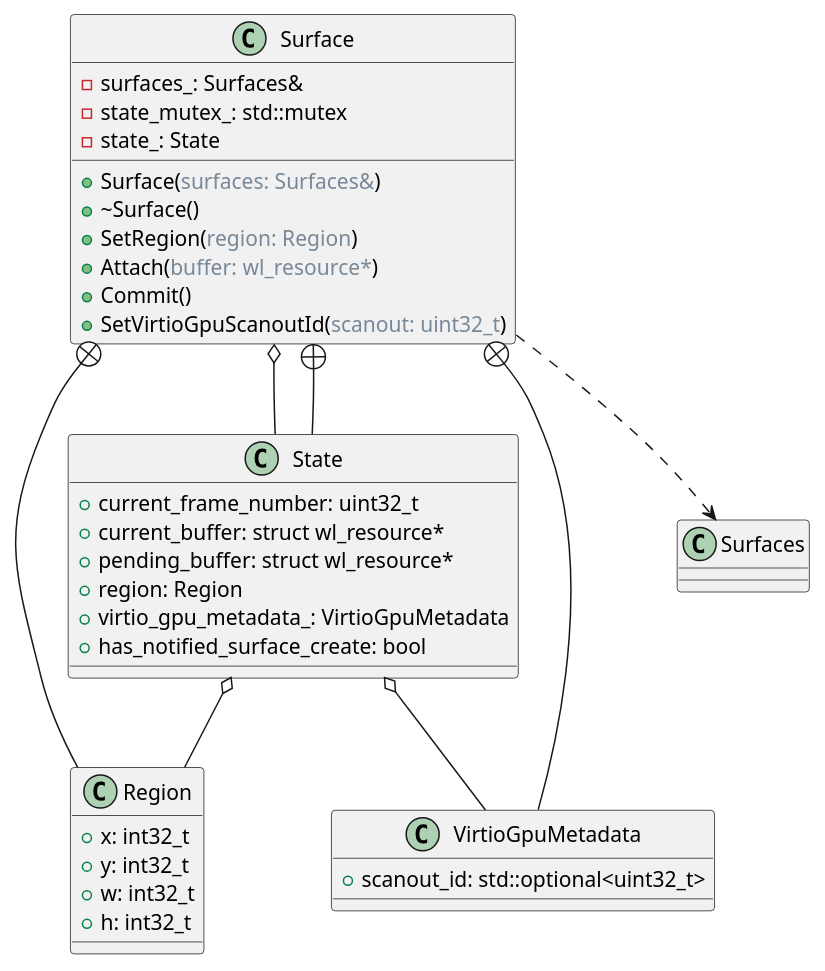
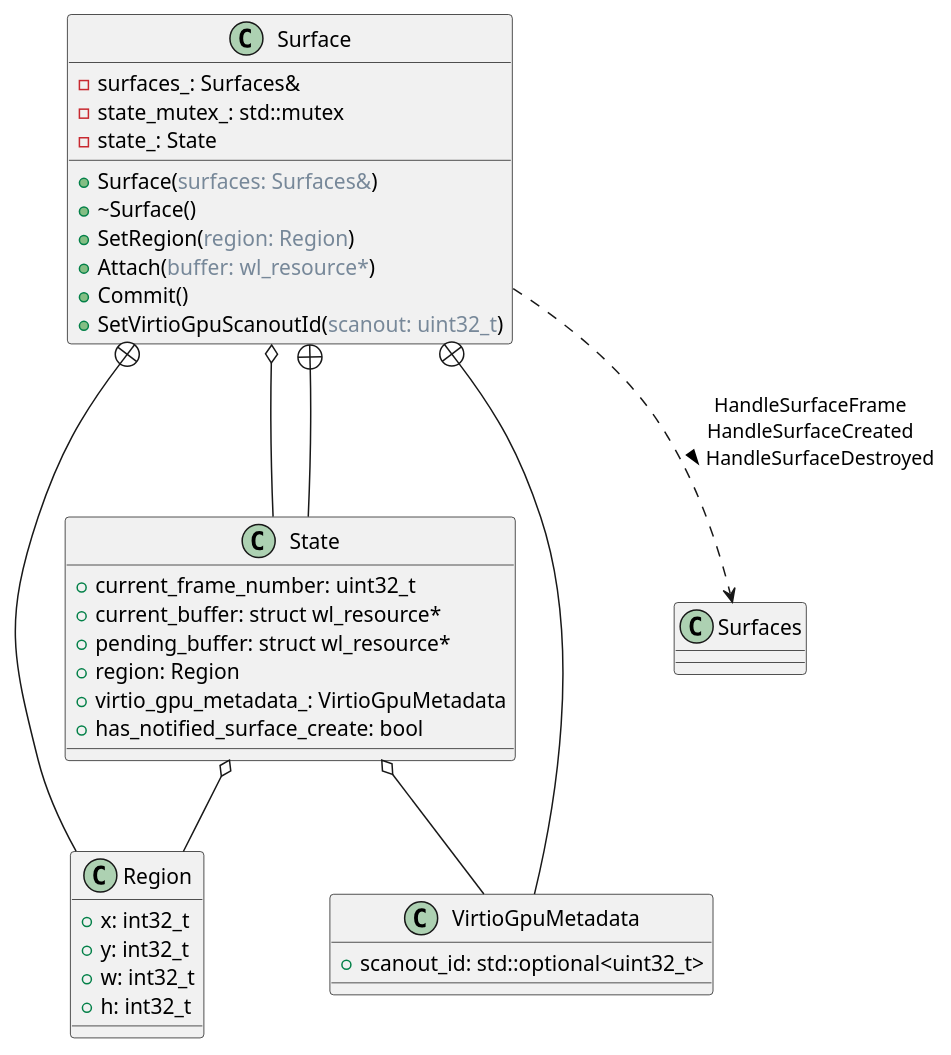
One commit to dmitvitalii/cf_diagrams changed the diagram in surfaces_diagram.puml. Above: the diagram before and after it, drawn with PlantUML. The commit also changed 1 other file, not shown here.

Commit message:
Show how HandleSurface* functions call callbacks

```diff
--- a/surfaces_diagram.puml
+++ b/surfaces_diagram.puml
@@ -1,49 +1,49 @@
 @startuml surfaces_diagram
 
 class Surface {
   + Surface(<color:LightSlateGray>surfaces: Surfaces&</color>)
   + ~Surface()
   + SetRegion(<color:LightSlateGray>region: Region</color>)
   + Attach(<color:LightSlateGray>buffer: wl_resource*</color>)
   + Commit()
   + SetVirtioGpuScanoutId(<color:LightSlateGray>scanout: uint32_t</color>)
 
   - surfaces_: Surfaces&
   - state_mutex_: std::mutex
   - state_: State
 
 }
 
 class Region {
   + x: int32_t
   + y: int32_t
   + w: int32_t
   + h: int32_t
 }
 
 class VirtioGpuMetadata {
   + scanout_id: std::optional<uint32_t>
 }
 
 class State {
   + current_frame_number: uint32_t
   + current_buffer: struct wl_resource*
   + pending_buffer: struct wl_resource*
   + region: Region
   + virtio_gpu_metadata_: VirtioGpuMetadata
   + has_notified_surface_create: bool
 }
 
 
-Surface ..> Surfaces
+Surface ..> Surfaces : HandleSurfaceFrame\nHandleSurfaceCreated\nHandleSurfaceDestroyed >
 Surface o-- State
 
 State o-- Region
 State o-- VirtioGpuMetadata
 
 Surface +-- Region
 Surface +-- VirtioGpuMetadata
 Surface +-- State
 
 
 @enduml
```
